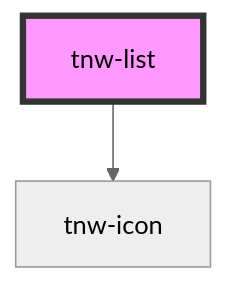
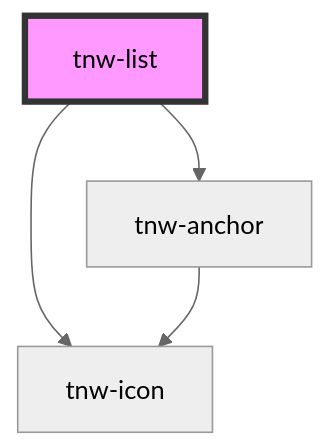
One commit to technway/technway-component-library changed the diagram in packages/stencil-library/src/components/tnw-list/readme.md. Above: the diagram before and after it, drawn with Mermaid (neutral theme). The commit also changed other lines of this file and 15 other files, not shown here.

First line of the commit message:
feat(tnw-list): enhance component with new features and improvements

````diff
--- a/packages/stencil-library/src/components/tnw-list/readme.md
+++ b/packages/stencil-library/src/components/tnw-list/readme.md
@@ -88,5 +88,7 @@
 ```mermaid
 graph TD;
   tnw-list --> tnw-icon
+  tnw-list --> tnw-anchor
+  tnw-anchor --> tnw-icon
   style tnw-list fill:#f9f,stroke:#333,stroke-width:4px
 ```
````
